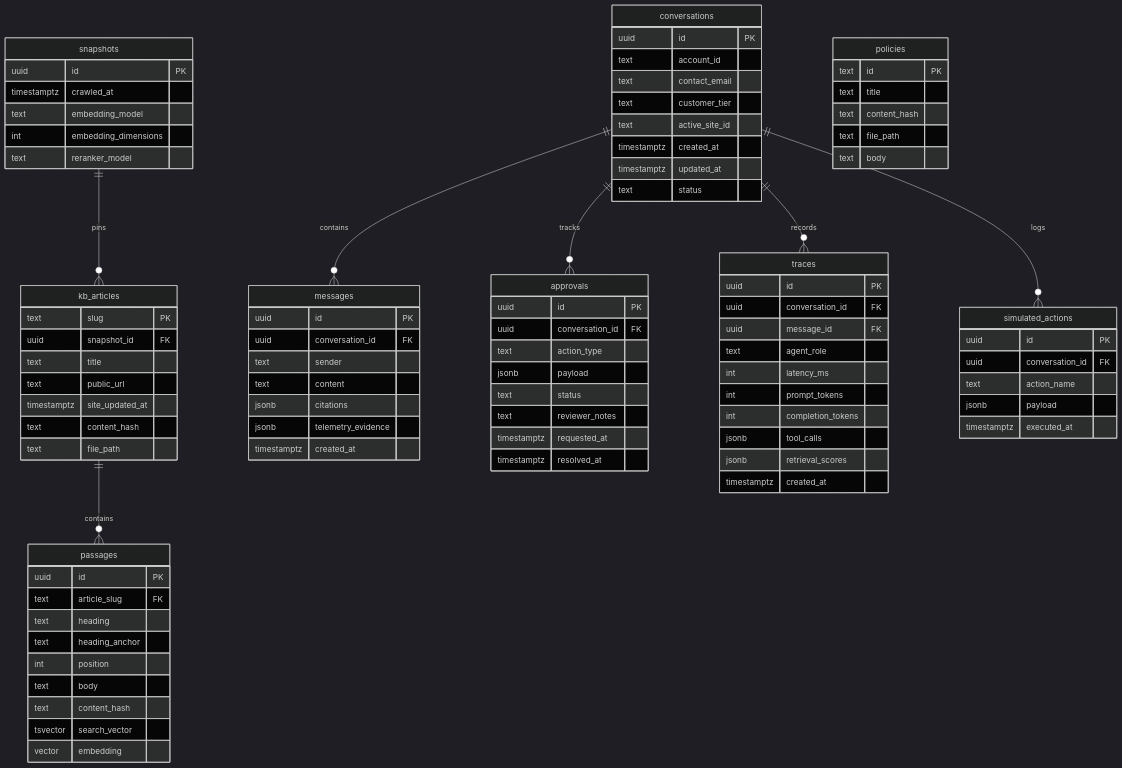
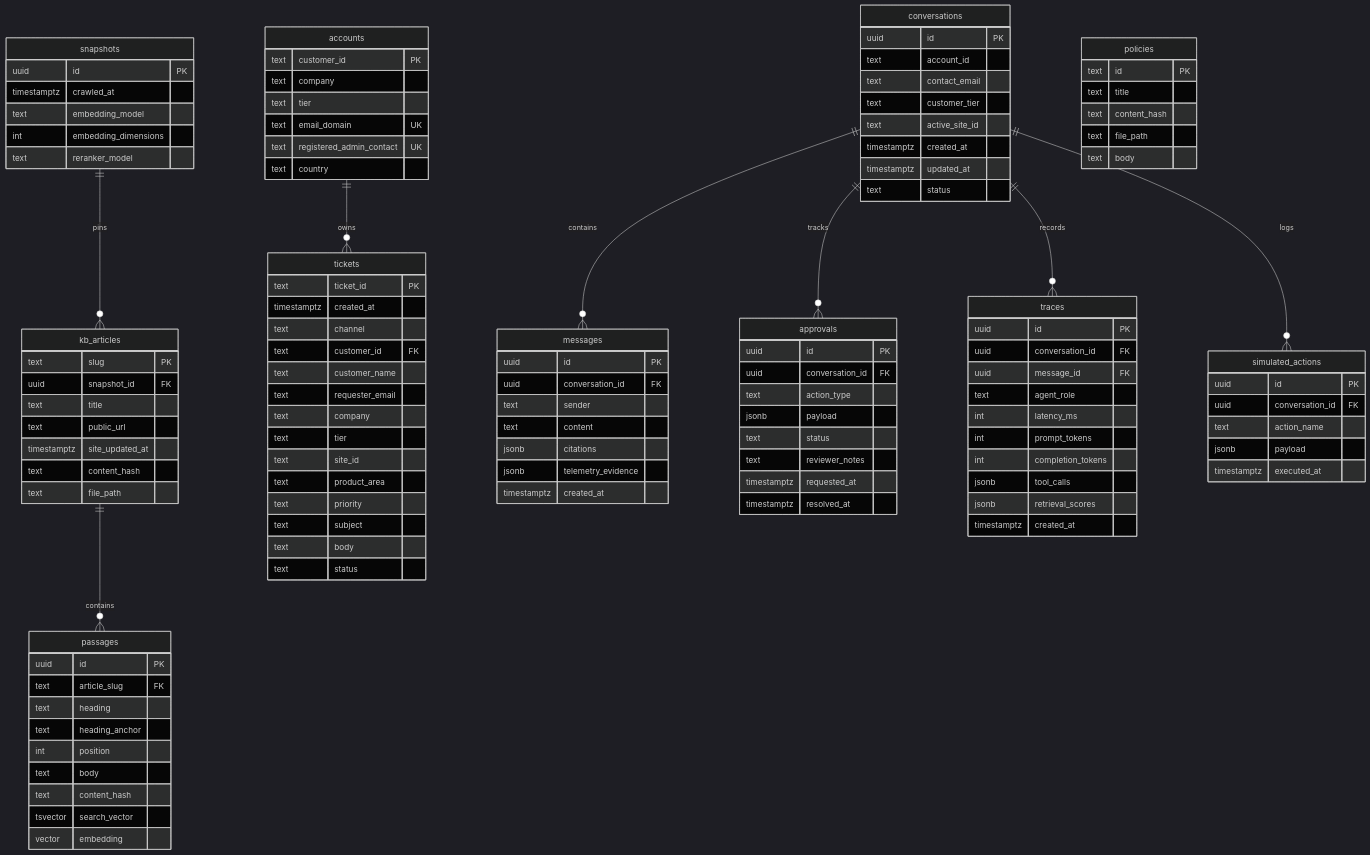
Before and after one commit to yaara-manor/cato-networks: the third of 5 diagrams in docs/architecture/system-architecture-design.md, drawn with Mermaid (dark theme). The commit also changed other lines of this file and 20 other files, not shown here.

First line of the commit message:
p1.2 feat: Introduce accounts and tickets schema, seed data, and startup initialization

```diff
--- a/docs/architecture/system-architecture-design.md
+++ b/docs/architecture/system-architecture-design.md
@@ -226,6 +226,7 @@
 erDiagram
     snapshots ||--o{ kb_articles : pins
     kb_articles ||--o{ passages : contains
+    accounts ||--o{ tickets : owns
     conversations ||--o{ messages : contains
     conversations ||--o{ approvals : tracks
     conversations ||--o{ traces : records
@@ -267,6 +268,32 @@
         text content_hash
         text file_path
         text body
+    }
+
+    accounts {
+        text customer_id PK
+        text company
+        text tier
+        text email_domain UK
+        text registered_admin_contact UK
+        text country
+    }
+
+    tickets {
+        text ticket_id PK
+        timestamptz created_at
+        text channel
+        text customer_id FK
+        text customer_name
+        text requester_email
+        text company
+        text tier
+        text site_id
+        text product_area
+        text priority
+        text subject
+        text body
+        text status
     }
 
     conversations {
```
